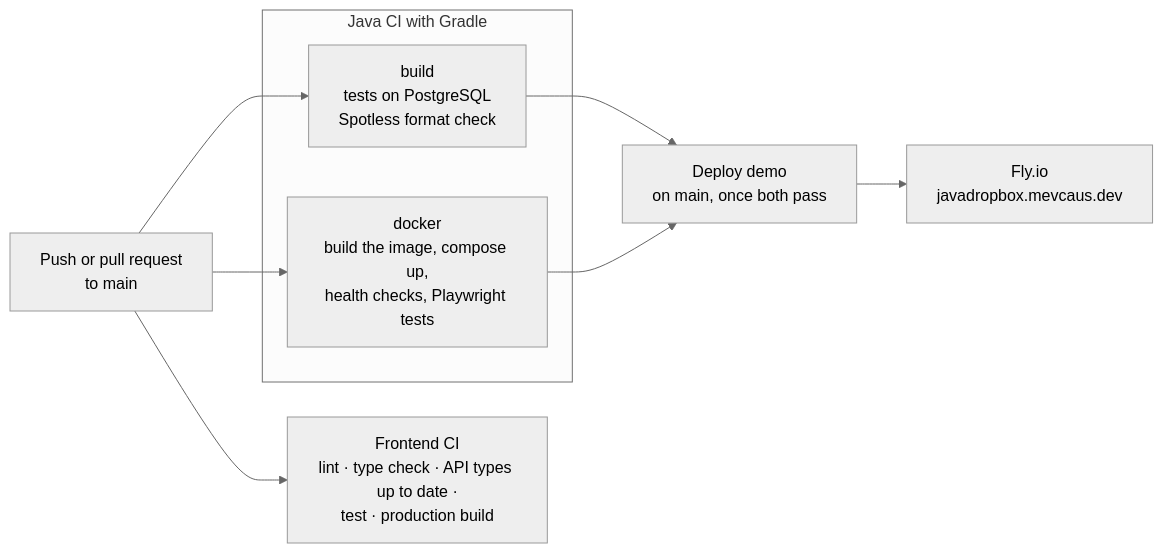
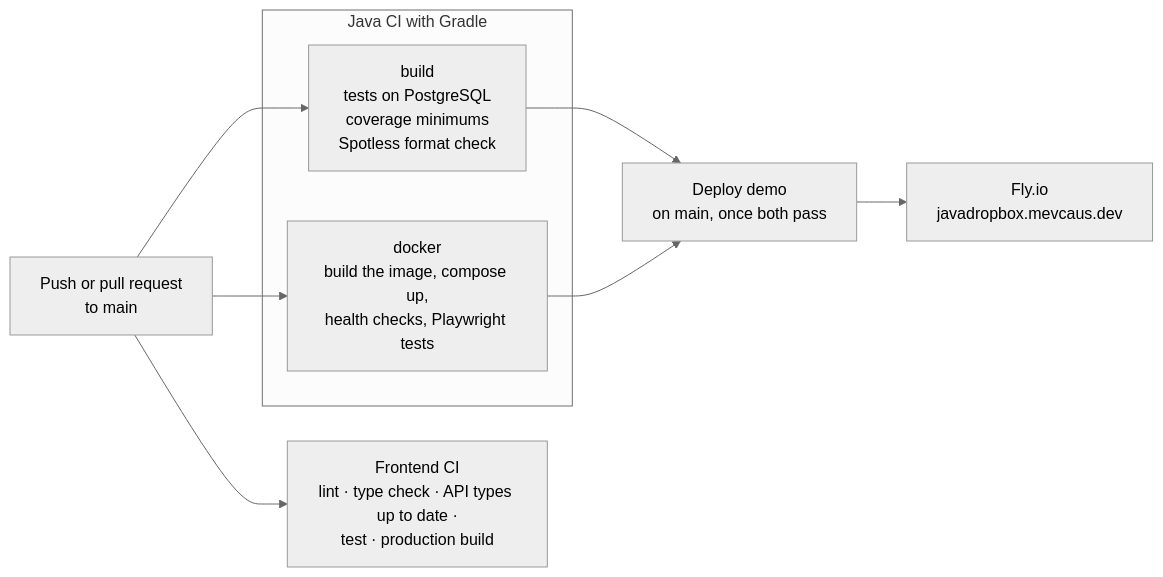
Before and after one commit to mevcaus/JavaDropbox: the sixth of 6 diagrams in README.md, drawn with Mermaid (neutral theme). The commit also changed other lines of this file and 4 other files, not shown here.

Commit message:
measure backend coverage with jacoco and fail check below its minimums

````diff
--- a/README.md
+++ b/README.md
@@ -371,14 +371,14 @@
 ```mermaid
 flowchart LR
     Push["Push or pull request<br/>to main"] --> Build & Docker & Frontend
 
     subgraph Gradle["Java CI with Gradle"]
-        Build["build<br/>tests on PostgreSQL<br/>Spotless format check"]
+        Build["build<br/>tests on PostgreSQL<br/>coverage minimums<br/>Spotless format check"]
         Docker["docker<br/>build the image, compose up,<br/>health checks, Playwright tests"]
     end
 
     Frontend["Frontend CI<br/>lint · type check · API types up to date ·<br/>test · production build"]
 
     Build & Docker --> Deploy["Deploy demo<br/>on main, once both pass"]
     Deploy --> Fly["Fly.io<br/>javadropbox.mevcaus.dev"]
 ```
````
